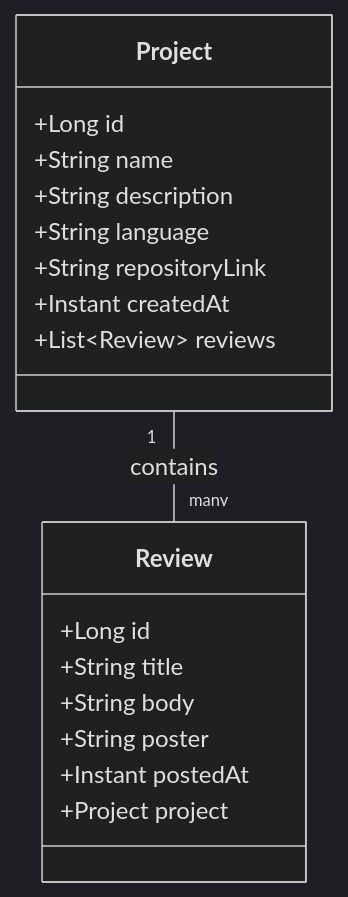
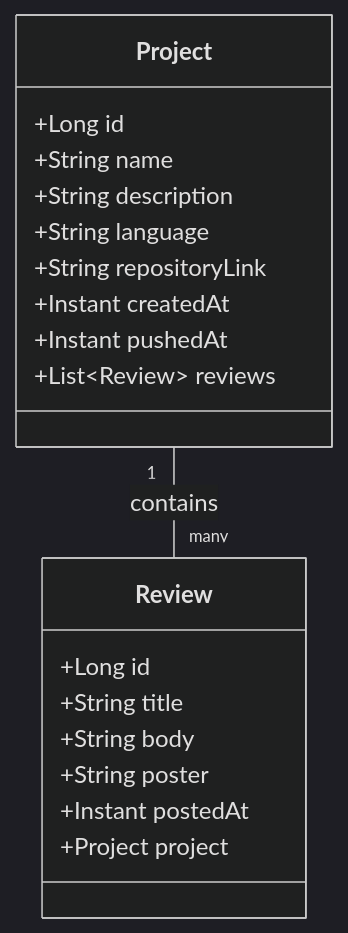
The diagram in README.md (Ohjelmistoprojekti-2-repophant/backend), drawn with Mermaid (dark theme) before and after one commit. The commit also changed other lines of this file, not shown here.

````diff
--- a/README.md
+++ b/README.md
@@ -23,23 +19,24 @@
 ```mermaid
 classDiagram
     class Project {
         +Long id
         +String name
         +String description
         +String language
         +String repositoryLink
         +Instant createdAt
+        +Instant pushedAt
         +List~Review~ reviews
     }
     
     class Review {
         +Long id
         +String title
         +String body
         +String poster
         +Instant postedAt
         +Project project
     }
     
     Project "1" -- "many" Review : contains
 ```
````
